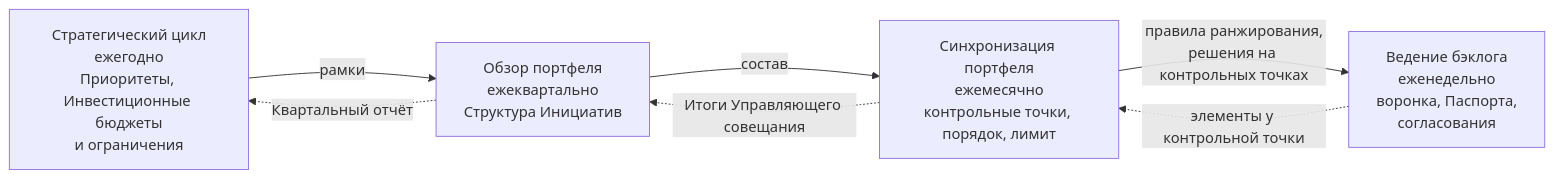
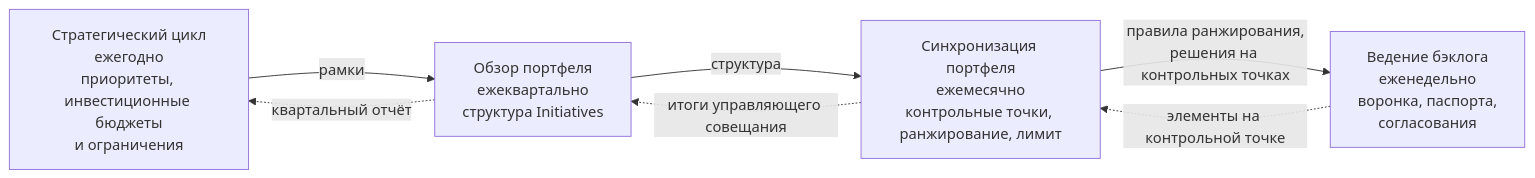
The first of 5 diagrams in portal/content/ru/portfolio/the-loops-and-governance.md (devhogu/ob-aicc), drawn with Mermaid before and after one commit. The commit also changed other lines of this file and 16 other files, not shown here.

````diff
--- a/portal/content/ru/portfolio/the-loops-and-governance.md
+++ b/portal/content/ru/portfolio/the-loops-and-governance.md
@@ -24,9 +24,9 @@
 ```mermaid
 flowchart LR
-  Y["Стратегический цикл<br/>ежегодно<br/>Приоритеты, Инвестиционные бюджеты<br/>и ограничения"] -->|"рамки"| Q["Обзор портфеля<br/>ежеквартально<br/>Структура Инициатив"]
-  Q -->|"состав"| M["Синхронизация портфеля<br/>ежемесячно<br/>контрольные точки, порядок, лимит"]
-  M -->|"правила ранжирования,<br/>решения на контрольных точках"| W["Ведение бэклога<br/>еженедельно<br/>воронка, Паспорта,<br/>согласования"]
-  W -.->|"элементы у контрольной точки"| M
-  M -.->|"Итоги Управляющего совещания"| Q
-  Q -.->|"Квартальный отчёт"| Y
+  Y["Стратегический цикл<br/>ежегодно<br/>приоритеты, инвестиционные бюджеты<br/>и ограничения"] -->|"рамки"| Q["Обзор портфеля<br/>ежеквартально<br/>структура Initiatives"]
+  Q -->|"структура"| M["Синхронизация портфеля<br/>ежемесячно<br/>контрольные точки, ранжирование, лимит"]
+  M -->|"правила ранжирования,<br/>решения на контрольных точках"| W["Ведение бэклога<br/>еженедельно<br/>воронка, паспорта,<br/>согласования"]
+  W -.->|"элементы на контрольной точке"| M
+  M -.->|"итоги управляющего совещания"| Q
+  Q -.->|"квартальный отчёт"| Y
 ```
````
